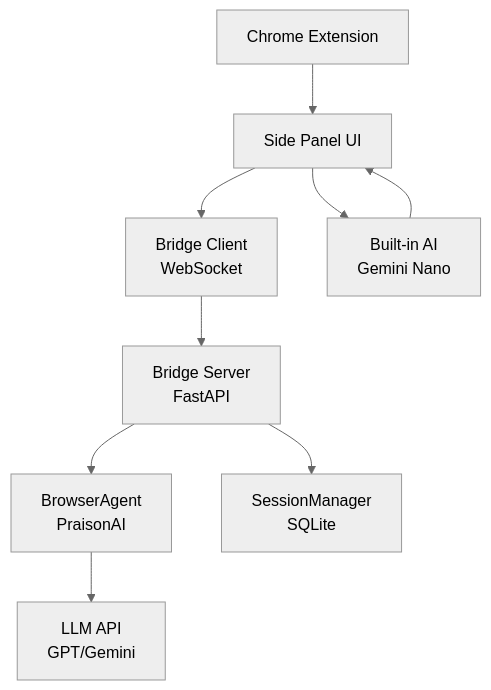
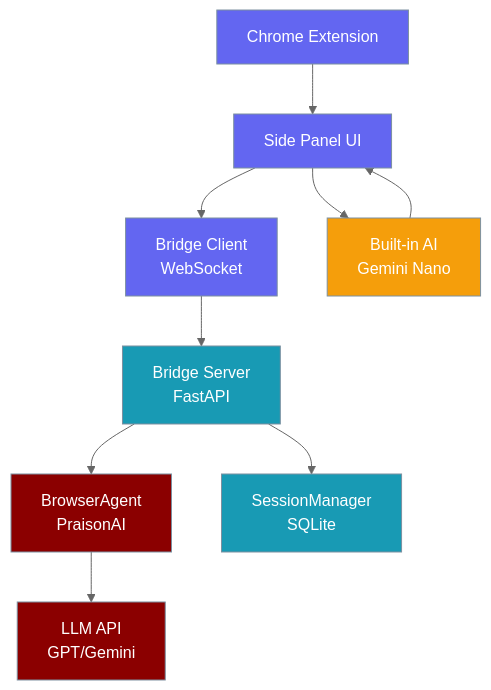
One commit to MervinPraison/PraisonAIDocs changed the second of 5 diagrams in docs/features/browser-agent.mdx. Above: the diagram before and after it, drawn with Mermaid (neutral theme). The commit also changed 2 other files, not shown here.

Commit message:
docs: add classDef to secondary architecture diagrams (AGENTS.md §9.4)
Add standard color-scheme classDef declarations to secondary mermaid
diagrams in browser-agent, context-manager-module, and
context-multi-agent-policies per AGENTS.md §9.4 requirement.

````diff
--- a/docs/features/browser-agent.mdx
+++ b/docs/features/browser-agent.mdx
@@ -56,12 +56,21 @@
 ```mermaid
 graph TB
     A[Chrome Extension] --> B[Side Panel UI]
     B --> C[Bridge Client<br/>WebSocket]
     C --> D[Bridge Server<br/>FastAPI]
     D --> E[BrowserAgent<br/>PraisonAI]
     E --> F[LLM API<br/>GPT/Gemini]
     D --> G[SessionManager<br/>SQLite]
     
     H[Built-in AI<br/>Gemini Nano] --> B
     B --> H
+
+    classDef ext fill:#6366F1,stroke:#7C90A0,color:#fff
+    classDef server fill:#189AB4,stroke:#7C90A0,color:#fff
+    classDef agent fill:#8B0000,stroke:#7C90A0,color:#fff
+    classDef store fill:#F59E0B,stroke:#7C90A0,color:#fff
+    class A,B,C ext
+    class D,G server
+    class E,F agent
+    class H store
 ```
````
